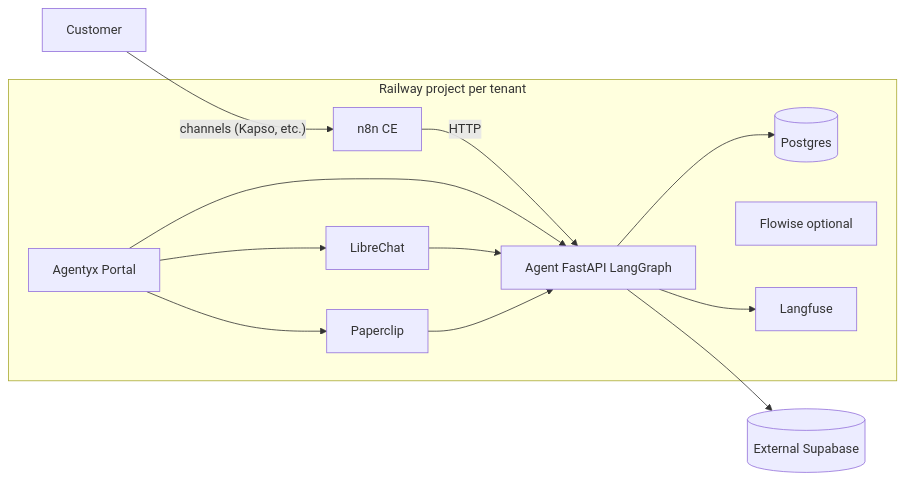
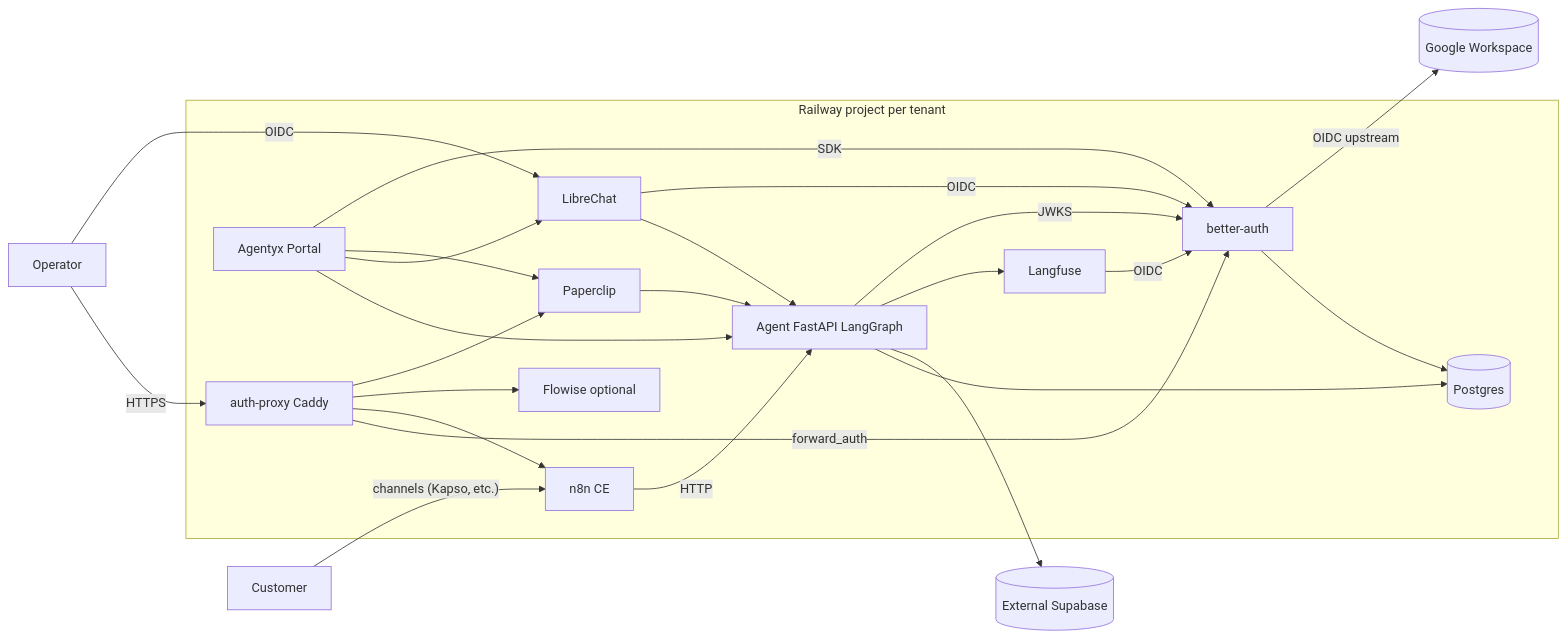
The diagram in templates/assets/railway-tenant-stack/docs/architecture.md (levinnovation/agentyx-n8n), drawn with Mermaid before and after one commit. The commit also changed other lines of this file and 60 other files, not shown here.

Commit message:
feat(auth): Better Auth tenant federation with Caddy forward-auth (ADR-0012)

````diff
--- a/templates/assets/railway-tenant-stack/docs/architecture.md
+++ b/templates/assets/railway-tenant-stack/docs/architecture.md
@@ -3,23 +3,37 @@
 ```mermaid
 flowchart LR
     subgraph proj [Railway project per tenant]
         pg[(Postgres)]
+        ba[better-auth]
+        ap[auth-proxy Caddy]
         n8n[n8n CE]
         lc[LibreChat]
         pc[Paperclip]
         fl[Flowise optional]
         lf[Langfuse]
         agent[Agent FastAPI LangGraph]
         portal[Agentyx Portal]
     end
     Customer -->|"channels (Kapso, etc.)"| n8n
     n8n -->|HTTP| agent
     agent --> pg
     agent --> SupabaseExt[(External Supabase)]
     agent --> lf
     portal --> agent
     portal --> lc
     portal --> pc
     lc --> agent
     pc --> agent
+    Operator -->|HTTPS| ap
+    ap -->|forward_auth| ba
+    ap --> n8n
+    ap --> fl
+    ap --> pc
+    Operator -->|OIDC| lc
+    lc -->|OIDC| ba
+    lf -->|OIDC| ba
+    portal -->|SDK| ba
+    agent -->|JWKS| ba
+    ba --> pg
+    ba -->|OIDC upstream| Google[(Google Workspace)]
 ```
````
